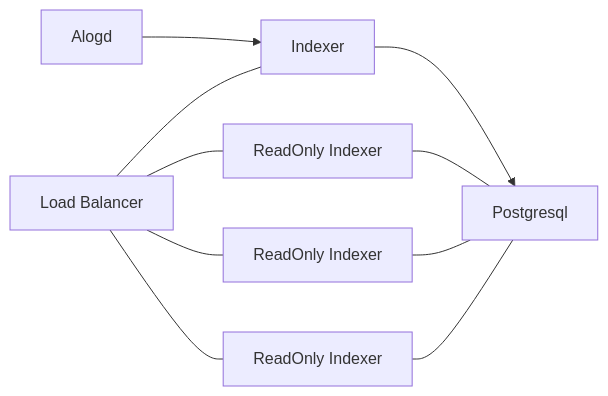
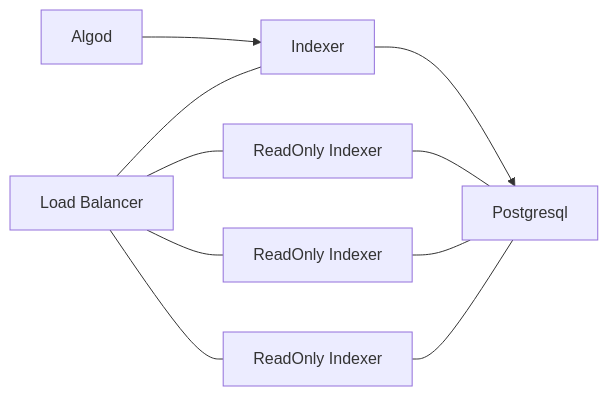
Before and after one commit to algorandfoundation/docs: the third of 5 diagrams in docs/get-details/conduit/tutorials/IndexerMigration.md, drawn with Mermaid. The commit also changed other lines of this file and 9 other files, not shown here.

````diff
--- a/docs/get-details/conduit/tutorials/IndexerMigration.md
+++ b/docs/get-details/conduit/tutorials/IndexerMigration.md
@@ -66,21 +66,21 @@
 ```mermaid
 graph LR;
-    algod["Alogd"]
+    algod["Algod"]
     lb["Load Balancer"]
     index["Indexer"]
     ro1["ReadOnly Indexer"]
     ro2["ReadOnly Indexer"]
     ro3["ReadOnly Indexer"]
     psql["Postgresql"]
 
     algod-->index;
     index-->psql;
     lb---index;
     lb---ro1;
     ro1---psql;
     lb---ro2;
     ro2---psql;
     lb---ro3;
     ro3---psql;
     
 ```
````
